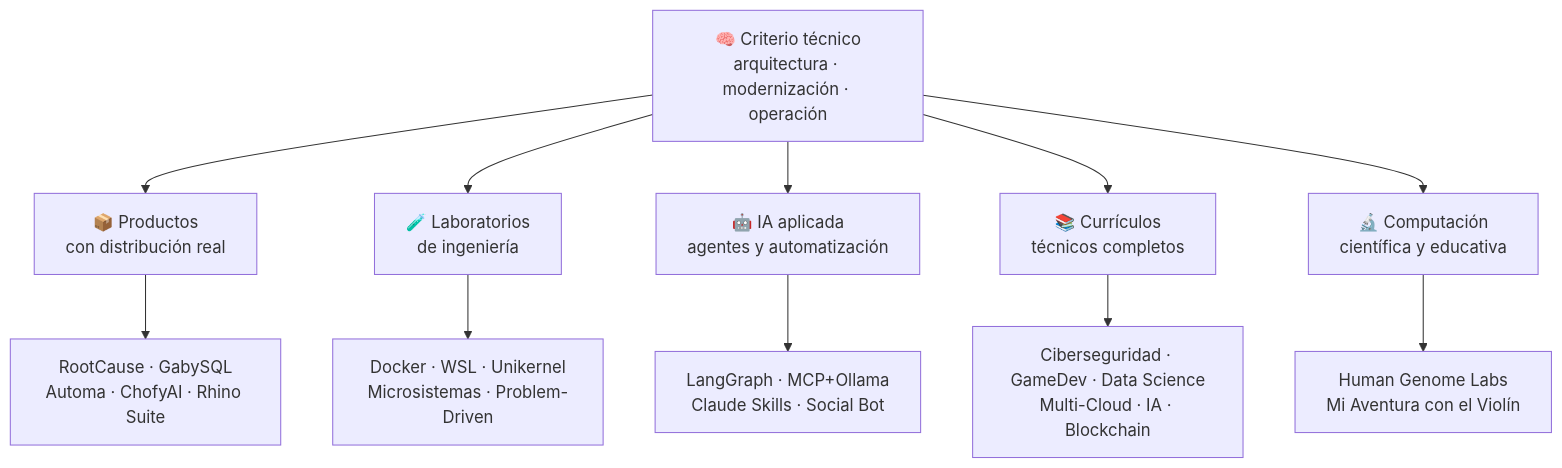
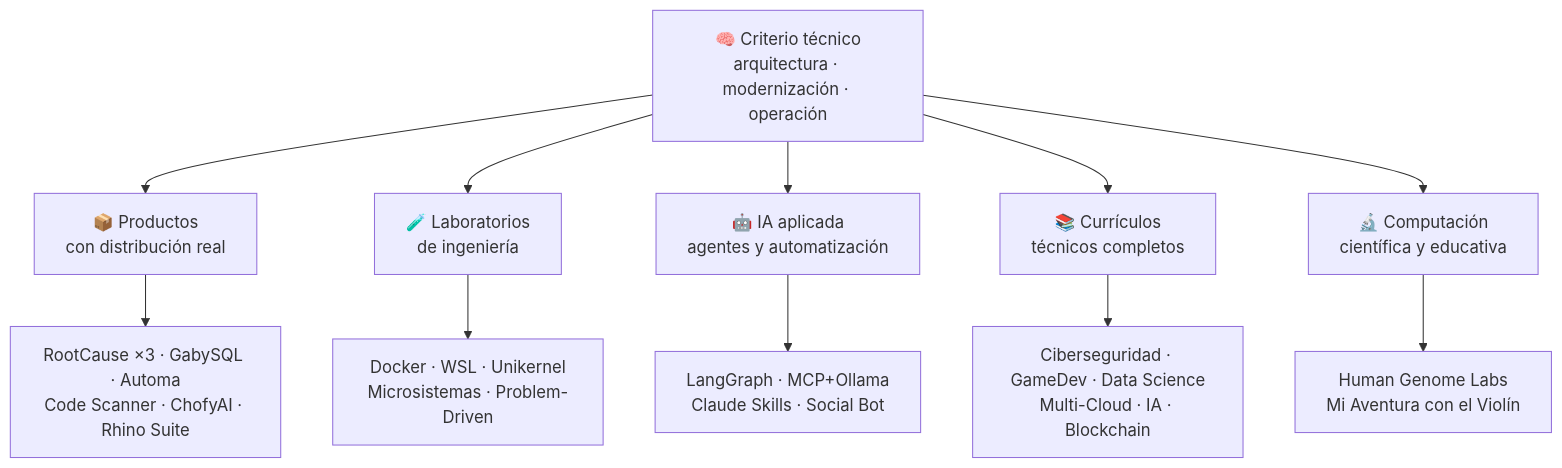
Before and after one commit to vladimiracunadev-create/vladimiracunadev-create: the diagram in README.md, drawn with Mermaid. The commit also changed other lines of this file, not shown here.

````diff
--- a/README.md
+++ b/README.md
@@ -69,14 +70,14 @@
 ```mermaid
 flowchart TD
     A["🧠 Criterio técnico<br/>arquitectura · modernización · operación"] --> B["📦 Productos<br/>con distribución real"]
     A --> C["🧪 Laboratorios<br/>de ingeniería"]
     A --> D["🤖 IA aplicada<br/>agentes y automatización"]
     A --> E["📚 Currículos<br/>técnicos completos"]
     A --> F["🔬 Computación<br/>científica y educativa"]
 
-    B --> B1["RootCause · GabySQL<br/>Automa · ChofyAI · Rhino Suite"]
+    B --> B1["RootCause ×3 · GabySQL · Automa<br/>Code Scanner · ChofyAI · Rhino Suite"]
     C --> C1["Docker · WSL · Unikernel<br/>Microsistemas · Problem-Driven"]
     D --> D1["LangGraph · MCP+Ollama<br/>Claude Skills · Social Bot"]
     E --> E1["Ciberseguridad · GameDev · Data Science<br/>Multi-Cloud · IA · Blockchain"]
     F --> F1["Human Genome Labs<br/>Mi Aventura con el Violín"]
 ```
````
